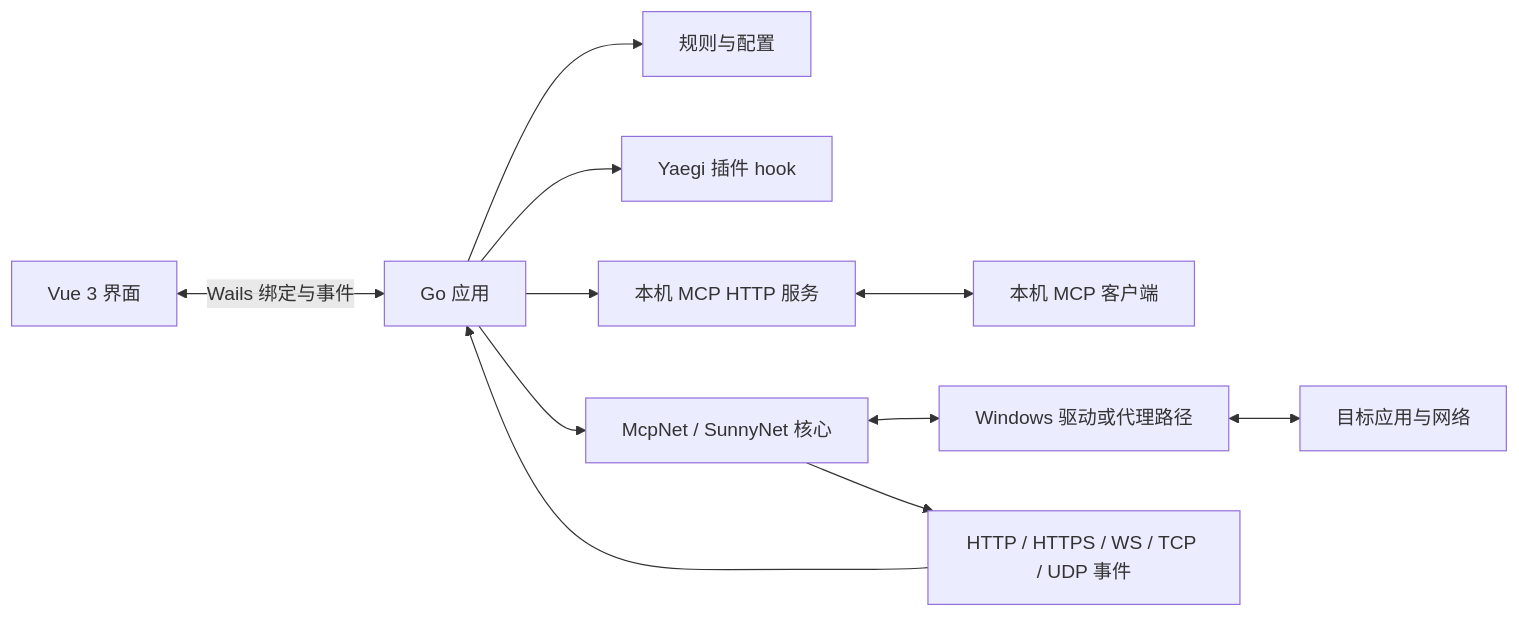
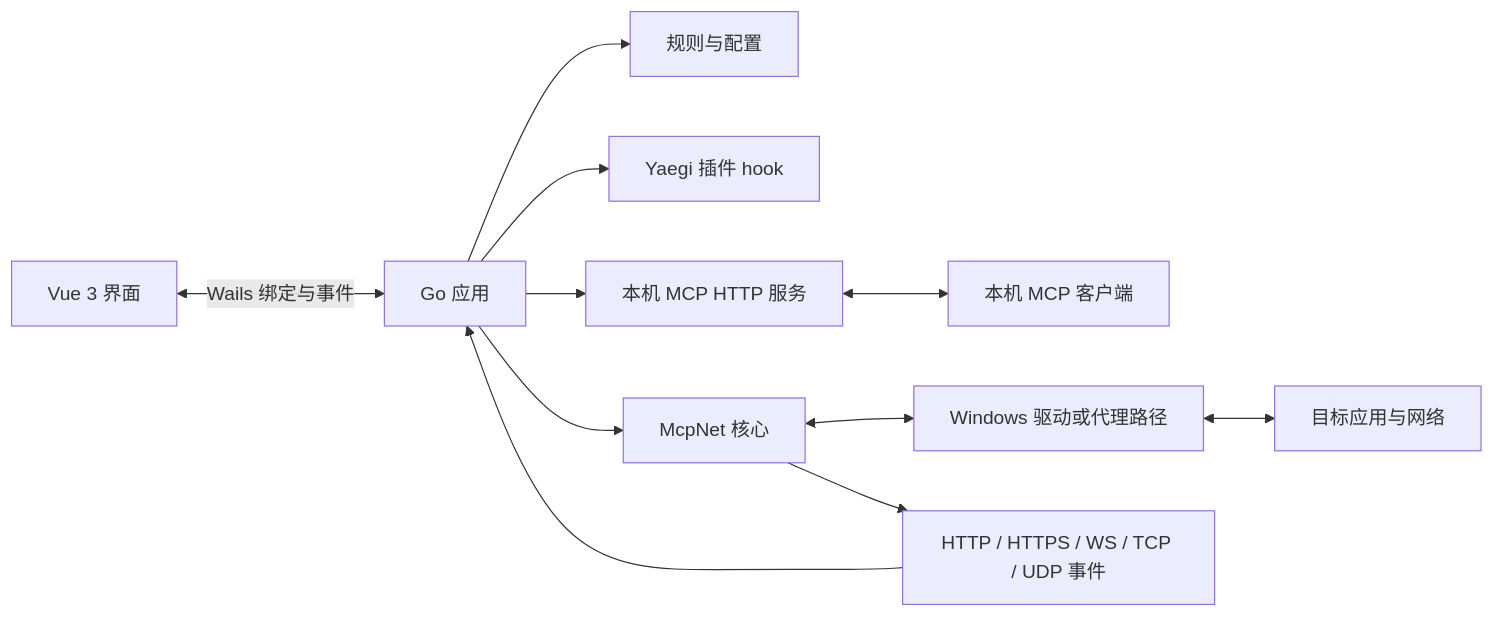
One commit to infycat/McpNet changed the fifth of 10 diagrams in README.md. Above: the diagram before and after it, drawn with Mermaid. The commit also changed other lines of this file and 66 other files, not shown here.

````diff
--- a/README.md
+++ b/README.md
@@ -213,13 +216,13 @@
 ```mermaid
 flowchart LR
   UI[Vue 3 界面] <-->|Wails 绑定与事件| APP[Go 应用]
   APP --> RULE[规则与配置]
   APP --> PLUG[Yaegi 插件 hook]
   APP --> MCP[本机 MCP HTTP 服务]
-  APP --> CORE[McpNet / SunnyNet 核心]
+  APP --> CORE[McpNet 核心]
   CORE <--> NET[Windows 驱动或代理路径]
   NET <--> TARGET[目标应用与网络]
   MCP <--> CLIENT[本机 MCP 客户端]
   CORE --> EVENT[HTTP / HTTPS / WS / TCP / UDP 事件]
   EVENT --> APP
 ```
````
